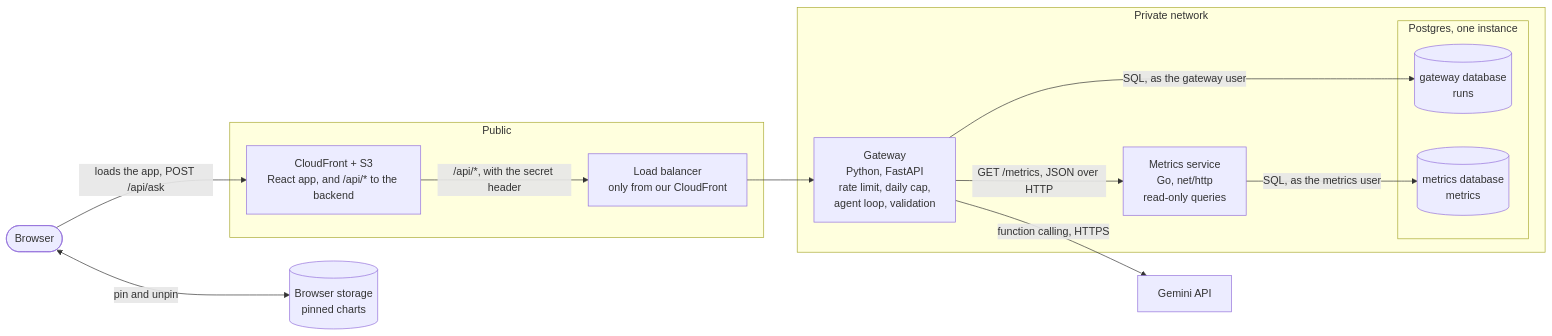
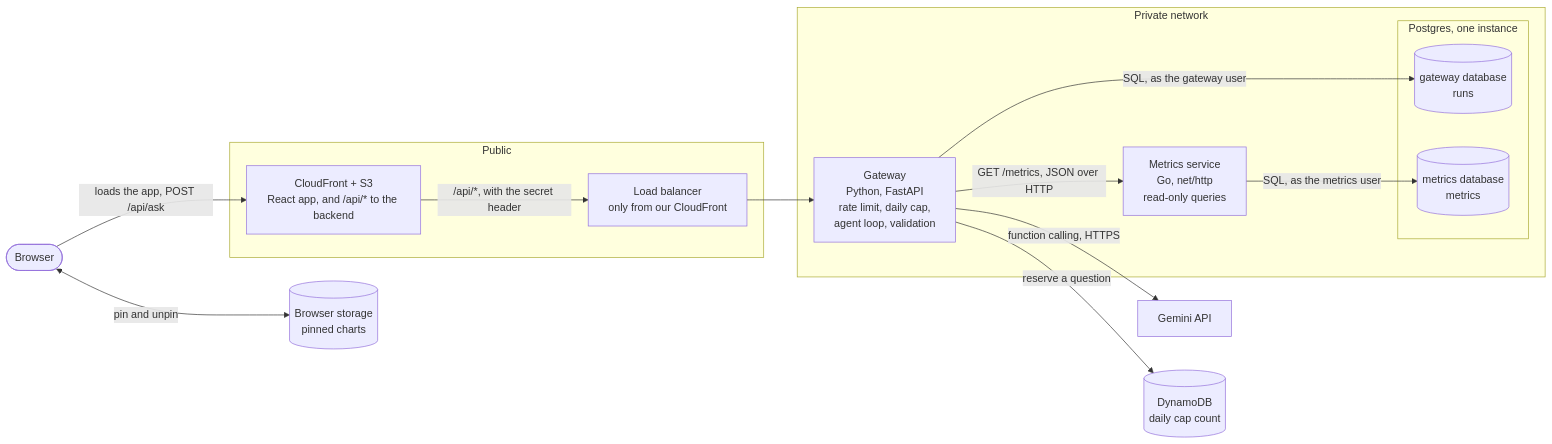
One commit to vovadyach/dashgen changed the second of 7 diagrams in docs/design.md. Above: the diagram before and after it, drawn with Mermaid. The commit also changed other lines of this file and 4 other files, not shown here.

````diff
--- a/docs/design.md
+++ b/docs/design.md
@@ -117,29 +117,31 @@
 ```mermaid
 flowchart LR
     browser(["Browser"])
     pins[("Browser storage<br/>pinned charts")]
     gemini["Gemini API"]
+    cap[("DynamoDB<br/>daily cap count")]
 
     subgraph public ["Public"]
         cdn["CloudFront + S3<br/>React app, and /api/* to the backend"]
         alb["Load balancer<br/>only from our CloudFront"]
     end
 
     subgraph private ["Private network"]
         gateway["Gateway<br/>Python, FastAPI<br/>rate limit, daily cap,<br/>agent loop, validation"]
         metrics["Metrics service<br/>Go, net/http<br/>read-only queries"]
         subgraph pg ["Postgres, one instance"]
             gwdb[("gateway database<br/>runs")]
             mdb[("metrics database<br/>metrics")]
         end
     end
 
     browser -->|"loads the app, POST /api/ask"| cdn
     cdn -->|"/api/*, with the secret header"| alb
     browser <-->|"pin and unpin"| pins
     alb --> gateway
     gateway -->|"GET /metrics, JSON over HTTP"| metrics
     gateway -->|"function calling, HTTPS"| gemini
+    gateway -->|"reserve a question"| cap
     gateway -->|"SQL, as the gateway user"| gwdb
     metrics -->|"SQL, as the metrics user"| mdb
 ```
````
